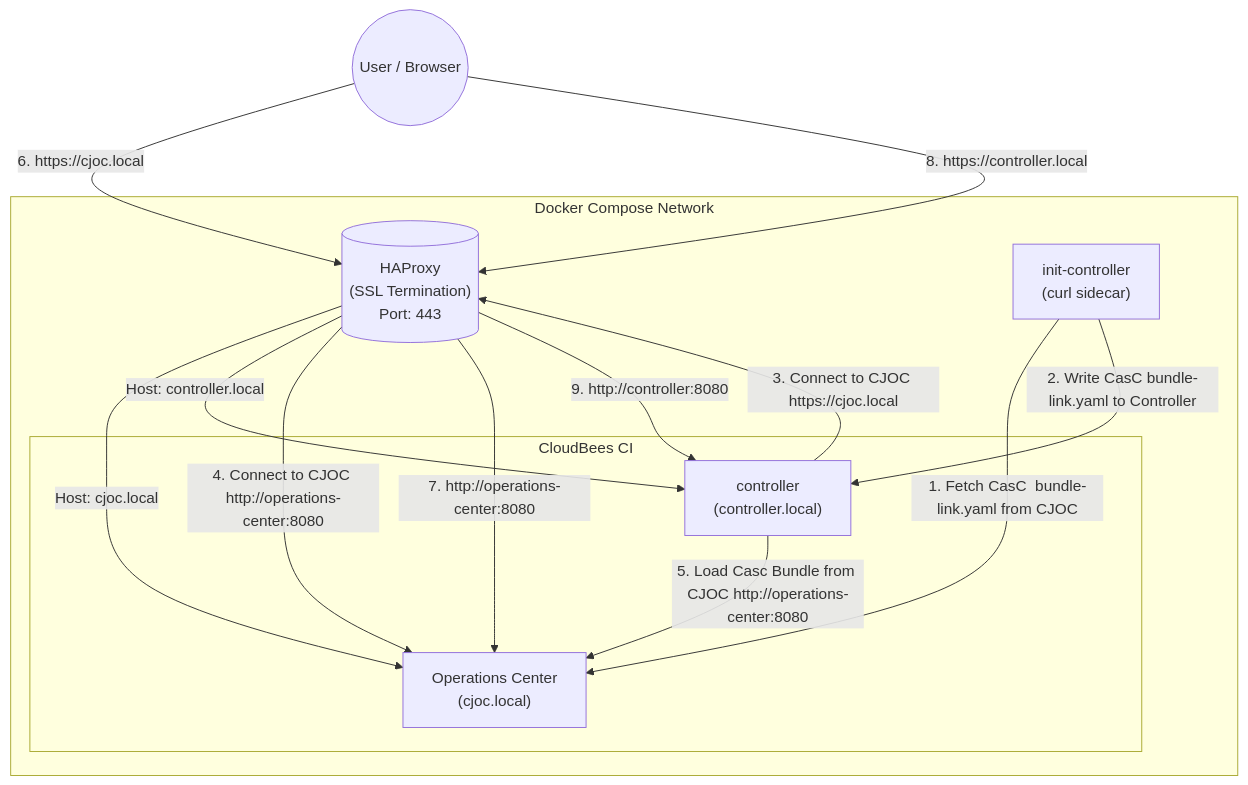
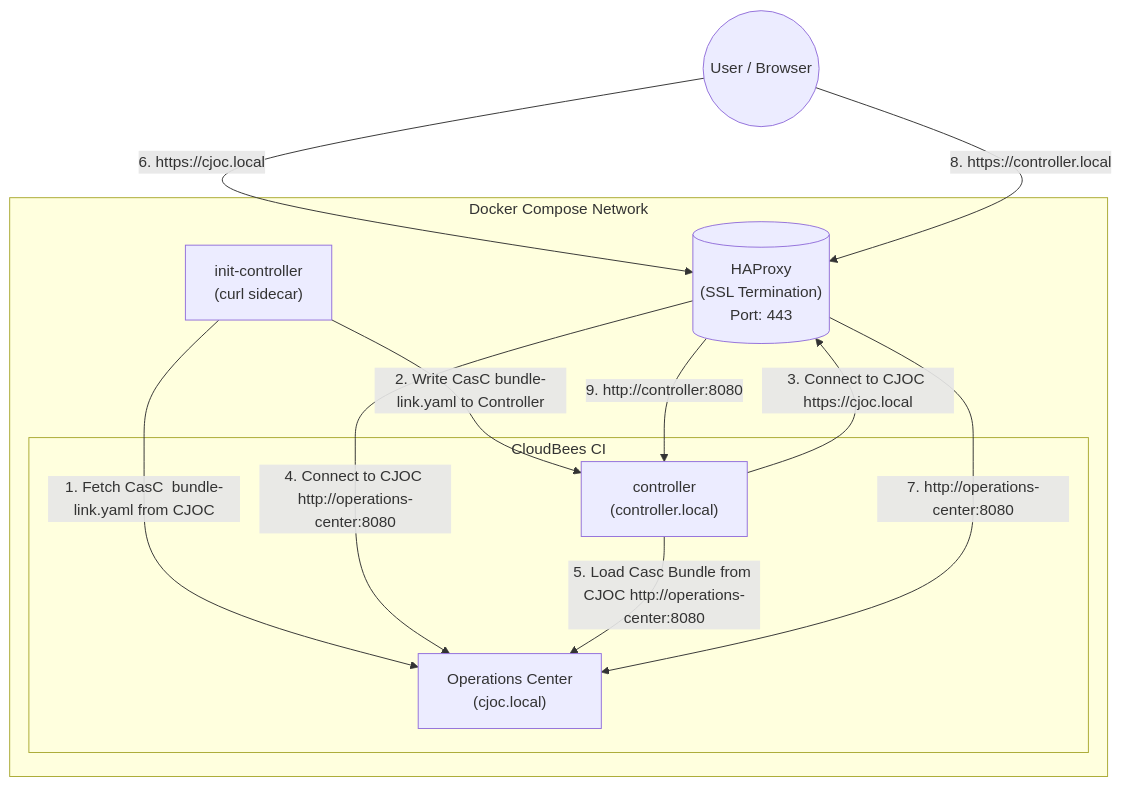
Before and after one commit to cb-ci/ci-traditional: the diagram in README.md, drawn with Mermaid.

````diff
--- a/README.md
+++ b/README.md
@@ -12,30 +12,27 @@
 ```mermaid
 graph TD
     User((User / Browser))
     subgraph "Docker Compose Network"
         HAProxy[("HAProxy
         (SSL Termination)
         Port: 443")]
         
         subgraph "CloudBees CI"
             CJOC["Operations Center
             (cjoc.local)"]
             Controller["controller
             (controller.local)"]
         end
         
         Init["init-controller
-        (curl sidecar)"]
-       
-        HAProxy -->|Host: cjoc.local| CJOC
-        HAProxy -->|Host: controller.local| Controller
+        (curl sidecar)"]       
     end    
     
     Init -- "1. Fetch CasC  bundle-link.yaml from CJOC" --> CJOC
     Init -- "2. Write CasC bundle-link.yaml to Controller" --> Controller
     Controller -- "3. Connect to CJOC https://cjoc.local" --> HAProxy -- "4. Connect to CJOC http://operations-center:8080" --> CJOC
     Controller -- "5. Load Casc Bundle from CJOC http://operations-center:8080" --> CJOC
 
     User -- "6. https://cjoc.local" --> HAProxy -- "7. http://operations-center:8080" --> CJOC
     User -- "8. https://controller.local" --> HAProxy -- "9. http://controller:8080" --> Controller
 ```
````
